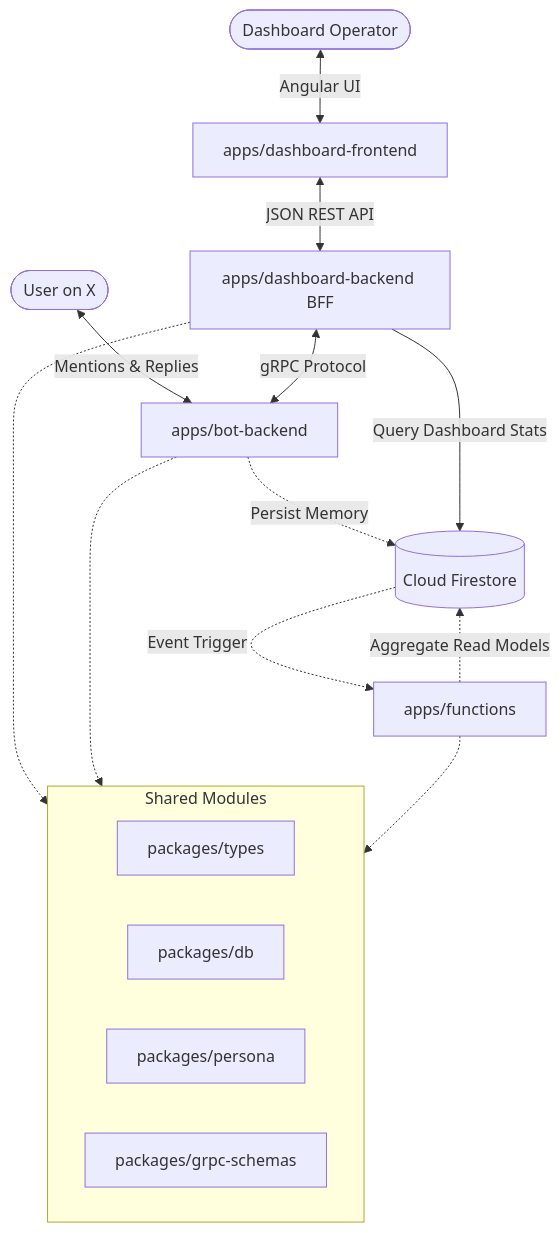
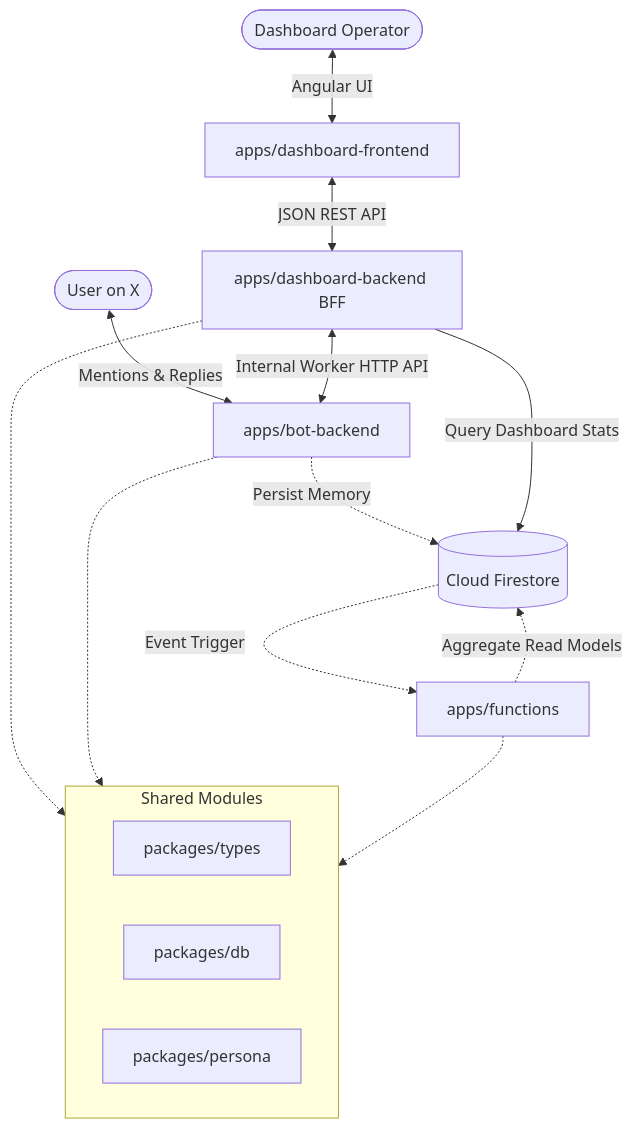
Before and after one commit to akina-se/rebecca-ai: the second of 2 diagrams in README.md, drawn with Mermaid. The commit also changed other lines of this file and 12 other files, not shown here.

````diff
--- a/README.md
+++ b/README.md
@@ -62,23 +62,23 @@
 ```mermaid
 graph TD
     User([User on X]) <-->|Mentions & Replies| BotBackend[apps/bot-backend]
     Admin([Dashboard Operator]) <-->|Angular UI| DashFrontend[apps/dashboard-frontend]
     DashFrontend <-->|JSON REST API| DashBackend[apps/dashboard-backend BFF]
     
     subgraph SharedModules ["Shared Modules"]
         Types[packages/types]
         DB[packages/db]
         Persona[packages/persona]
-        Grpc[packages/grpc-schemas]
+
     end
     
-    DashBackend <-->|gRPC Protocol| BotBackend
+    DashBackend <-->|Internal Worker HTTP API| BotBackend
     BotBackend -.->|Persist Memory| Firestore[(Cloud Firestore)]
     Firestore -.->|Event Trigger| Functions[apps/functions]
     Functions -.->|Aggregate Read Models| Firestore
     DashBackend -->|Query Dashboard Stats| Firestore
     
     DashBackend -.-> SharedModules
     BotBackend -.-> SharedModules
     Functions -.-> SharedModules
 ```
````
